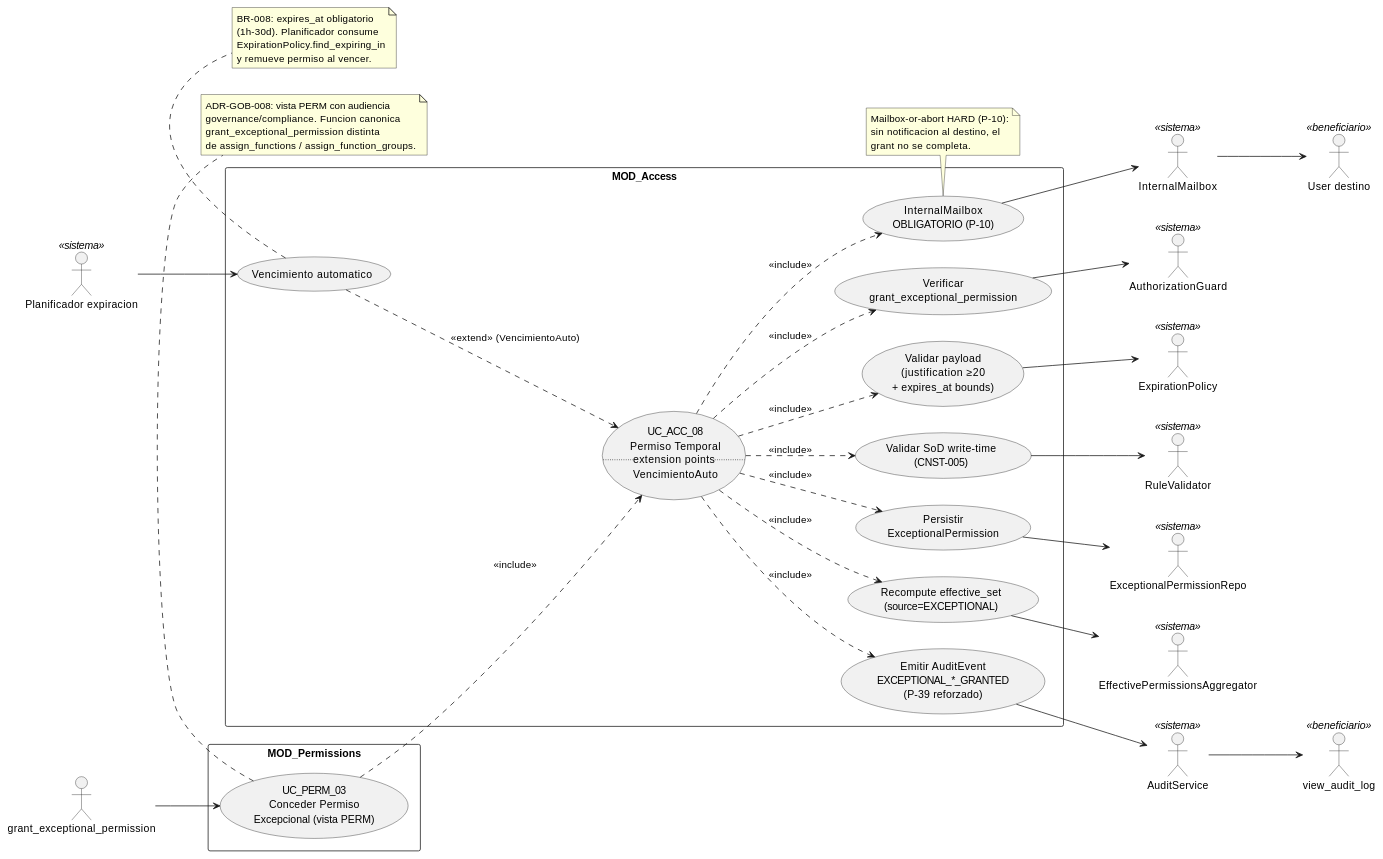
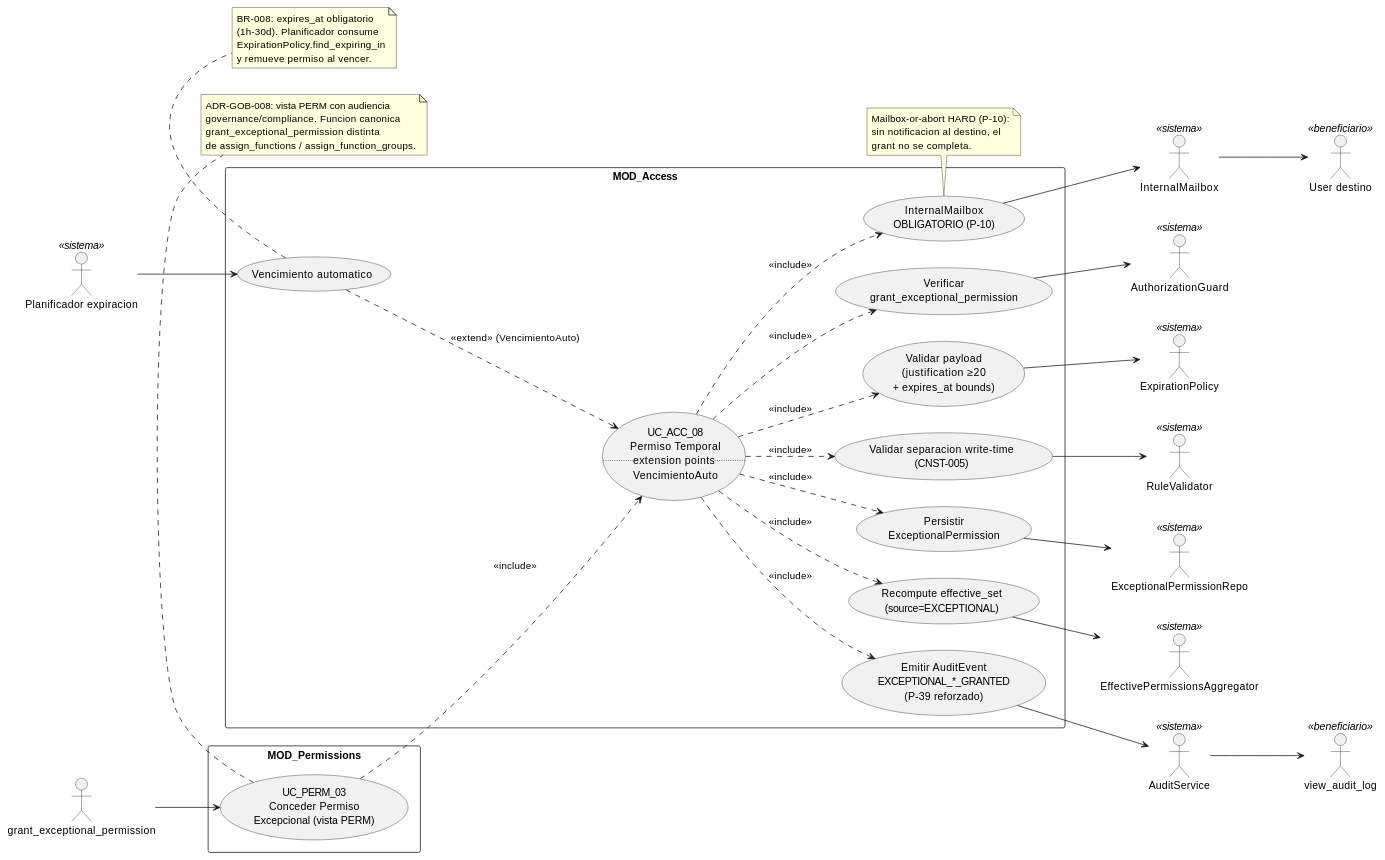
One commit to jcg-admin/IACT-docs changed the diagram in source/arquitectura-tecnica/use-case-view/permissions/uc-perm-03-conceder-permiso-excepcional.rst. Above: the diagram before and after it, drawn with PlantUML. The commit also changed other lines of this file, not shown here.

Commit message:
Replace SOD identifiers and narrative in uc-perm-03
T-010: Cat-1 + Cat-2 + Cat-3.

Refs: T-010, executor directive 'no Sod'

```diff
--- a/source/arquitectura-tecnica/use-case-view/permissions/uc-perm-03-conceder-permiso-excepcional.rst
+++ b/source/arquitectura-tecnica/use-case-view/permissions/uc-perm-03-conceder-permiso-excepcional.rst
@@ -26,79 +26,79 @@
 .. uml::
  :caption: UC_PERM_03 — vista PERM de UC_ACC_08 (permiso temporal).
 
  @startuml
 
  left to right direction
 
  actor "grant_exceptional_permission" as grant_exceptional_permission
  actor "User destino" as User_destino <<beneficiario>>
  actor "view_audit_log" as view_audit_log <<beneficiario>>
  actor "AuthorizationGuard" as AuthorizationGuard <<sistema>>
  actor "ExceptionalPermissionRepo" as ExceptionalPermissionRepo <<sistema>>
  actor "ExpirationPolicy" as ExpirationPolicy <<sistema>>
  actor "RuleValidator" as RuleValidator <<sistema>>
  actor "EffectivePermissionsAggregator" as EffectivePermissionsAggregator <<sistema>>
  actor "InternalMailbox" as InternalMailbox <<sistema>>
  actor "AuditService" as AuditService <<sistema>>
  actor "Planificador expiracion" as Planificador_expiracion <<sistema>>
 
  rectangle "MOD_Permissions" {
    usecase "UC_PERM_03\nConceder Permiso\nExcepcional (vista PERM)" as UC_PERM_03
  }
 
  rectangle "MOD_Access" {
    usecase "UC_ACC_08\nPermiso Temporal\n.. extension points ..\nVencimientoAuto" as UC_ACC_08
    usecase "Verificar\ngrant_exceptional_permission" as VERIFICAR_AGR
    usecase "Validar payload\n(justification ≥20\n+ expires_at bounds)" as VALIDAR_PAYLOAD
-   usecase "Validar SoD write-time\n(CNST-005)" as VALIDAR_SOD
+   usecase "Validar separacion write-time\n(CNST-005)" as VALIDAR_SEPARATION_RULES
    usecase "Persistir\nExceptionalPermission" as PERSISTIR
    usecase "Recompute effective_set\n(source=EXCEPTIONAL)" as RECALC
    usecase "InternalMailbox\nOBLIGATORIO (P-10)" as MAILBOX
    usecase "Emitir AuditEvent\nEXCEPTIONAL_*_GRANTED\n(P-39 reforzado)" as AUDITAR
    usecase "Vencimiento automatico" as EXPIRY
  }
 
  grant_exceptional_permission --> UC_PERM_03
 
  UC_PERM_03 ..> UC_ACC_08 : <<include>>
  UC_ACC_08 ..> VERIFICAR_AGR : <<include>>
  UC_ACC_08 ..> VALIDAR_PAYLOAD : <<include>>
- UC_ACC_08 ..> VALIDAR_SOD : <<include>>
+ UC_ACC_08 ..> VALIDAR_SEPARATION_RULES : <<include>>
  UC_ACC_08 ..> PERSISTIR : <<include>>
  UC_ACC_08 ..> RECALC : <<include>>
  UC_ACC_08 ..> MAILBOX : <<include>>
  UC_ACC_08 ..> AUDITAR : <<include>>
  EXPIRY ..> UC_ACC_08 : <<extend>> (VencimientoAuto)
 
  VERIFICAR_AGR --> AuthorizationGuard
  VALIDAR_PAYLOAD --> ExpirationPolicy
- VALIDAR_SOD --> RuleValidator
+ VALIDAR_SEPARATION_RULES --> RuleValidator
  PERSISTIR --> ExceptionalPermissionRepo
  RECALC --> EffectivePermissionsAggregator
  MAILBOX --> InternalMailbox
  InternalMailbox --> User_destino
  AUDITAR --> AuditService
  AuditService --> view_audit_log
  Planificador_expiracion --> EXPIRY
 
  note bottom of UC_PERM_03
    ADR-GOB-008: vista PERM con audiencia
    governance/compliance. Funcion canonica
    grant_exceptional_permission distinta
    de assign_functions / assign_function_groups.
  end note
 
  note bottom of MAILBOX
    Mailbox-or-abort HARD (P-10):
    sin notificacion al destino, el
    grant no se completa.
  end note
 
  note bottom of EXPIRY
    BR-008: expires_at obligatorio
    (1h-30d). Planificador consume
    ExpirationPolicy.find_expiring_in
    y remueve permiso al vencer.
  end note
 
  @enduml
```
